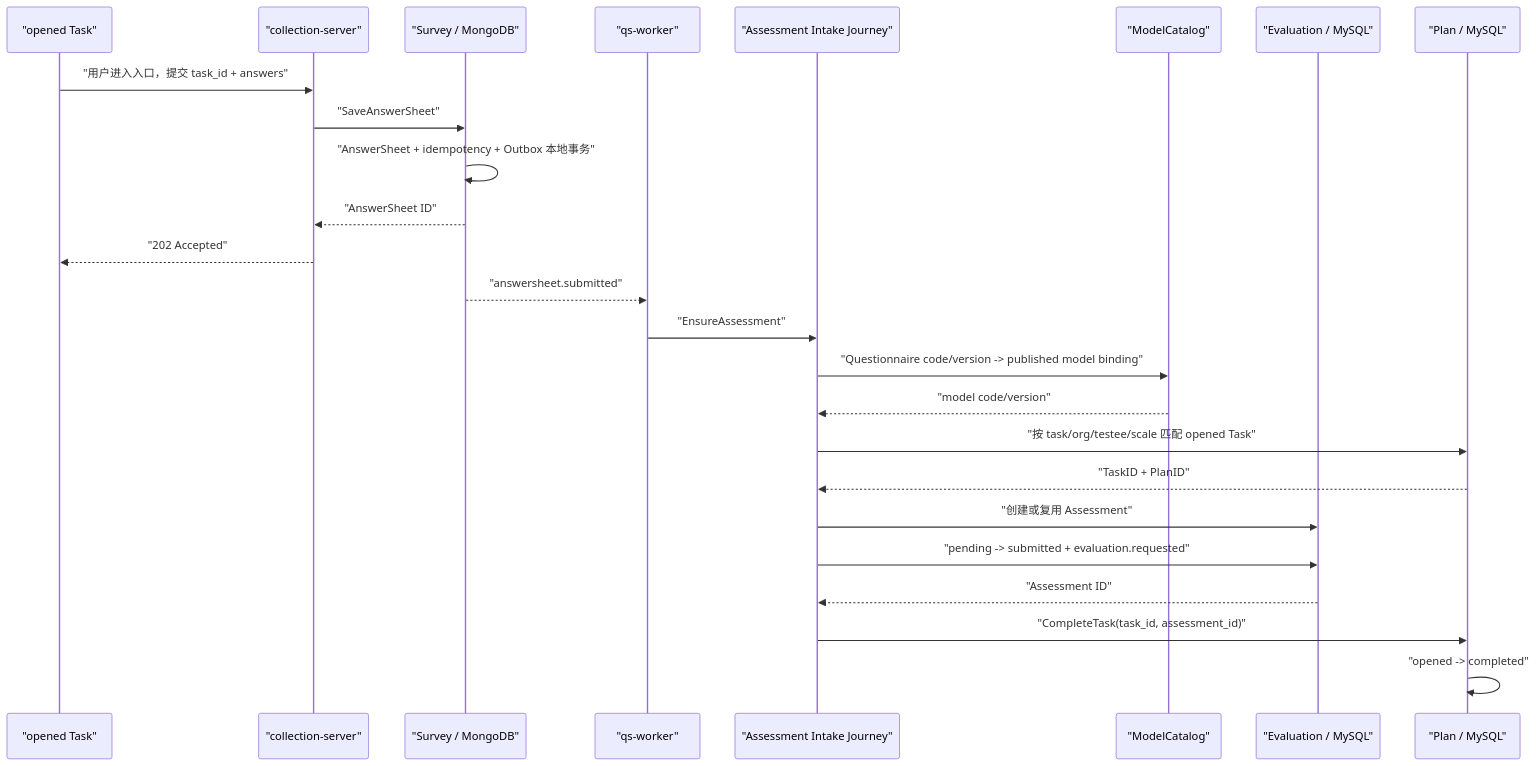
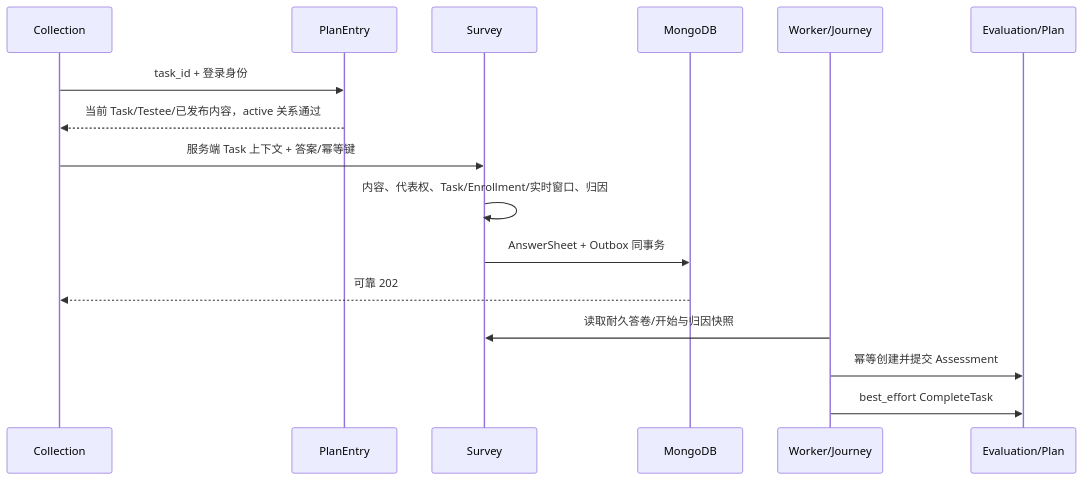
The diagram in docs/02-业务模块/60-plan/31-关键链路-从任务开放到测评履约.md (FangcunMount/qs-server), drawn with Mermaid before and after one commit. The commit also changed other lines of this file and 104 other files, not shown here.

````diff
--- a/docs/02-业务模块/60-plan/31-关键链路-从任务开放到测评履约.md
+++ b/docs/02-业务模块/60-plan/31-关键链路-从任务开放到测评履约.md
@@ -30,28 +12,18 @@
 ```mermaid
 sequenceDiagram
-    participant T as "opened Task"
-    participant C as "collection-server"
-    participant S as "Survey / MongoDB"
-    participant W as "qs-worker"
-    participant J as "Assessment Intake Journey"
-    participant M as "ModelCatalog"
-    participant E as "Evaluation / MySQL"
-    participant P as "Plan / MySQL"
-
-    T->>C: "用户进入入口，提交 task_id + answers"
-    C->>S: "SaveAnswerSheet"
-    S->>S: "AnswerSheet + idempotency + Outbox 本地事务"
-    S-->>C: "AnswerSheet ID"
-    C-->>T: "202 Accepted"
-    S-->>W: "answersheet.submitted"
-    W->>J: "EnsureAssessment"
-    J->>M: "Questionnaire code/version -> published model binding"
-    M-->>J: "model code/version"
-    J->>P: "按 task/org/testee/scale 匹配 opened Task"
-    P-->>J: "TaskID + PlanID"
-    J->>E: "创建或复用 Assessment"
-    J->>E: "pending -> submitted + evaluation.requested"
-    E-->>J: "Assessment ID"
-    J->>P: "CompleteTask(task_id, assessment_id)"
-    P->>P: "opened -> completed"
+    participant C as Collection
+    participant P as PlanEntry
+    participant S as Survey
+    participant M as MongoDB
+    participant J as Worker/Journey
+    participant E as Evaluation/Plan
+    C->>P: task_id + 登录身份
+    P-->>C: 当前 Task/Testee/已发布内容，active 关系通过
+    C->>S: 服务端 Task 上下文 + 答案/幂等键
+    S->>S: 内容、代表权、Task/Enrollment/实时窗口、归因
+    S->>M: AnswerSheet + Outbox 同事务
+    M-->>C: 可靠 202
+    J->>S: 读取耐久答卷/开始与归因快照
+    J->>E: 幂等创建并提交 Assessment
+    J->>E: best_effort CompleteTask
 ```
````
